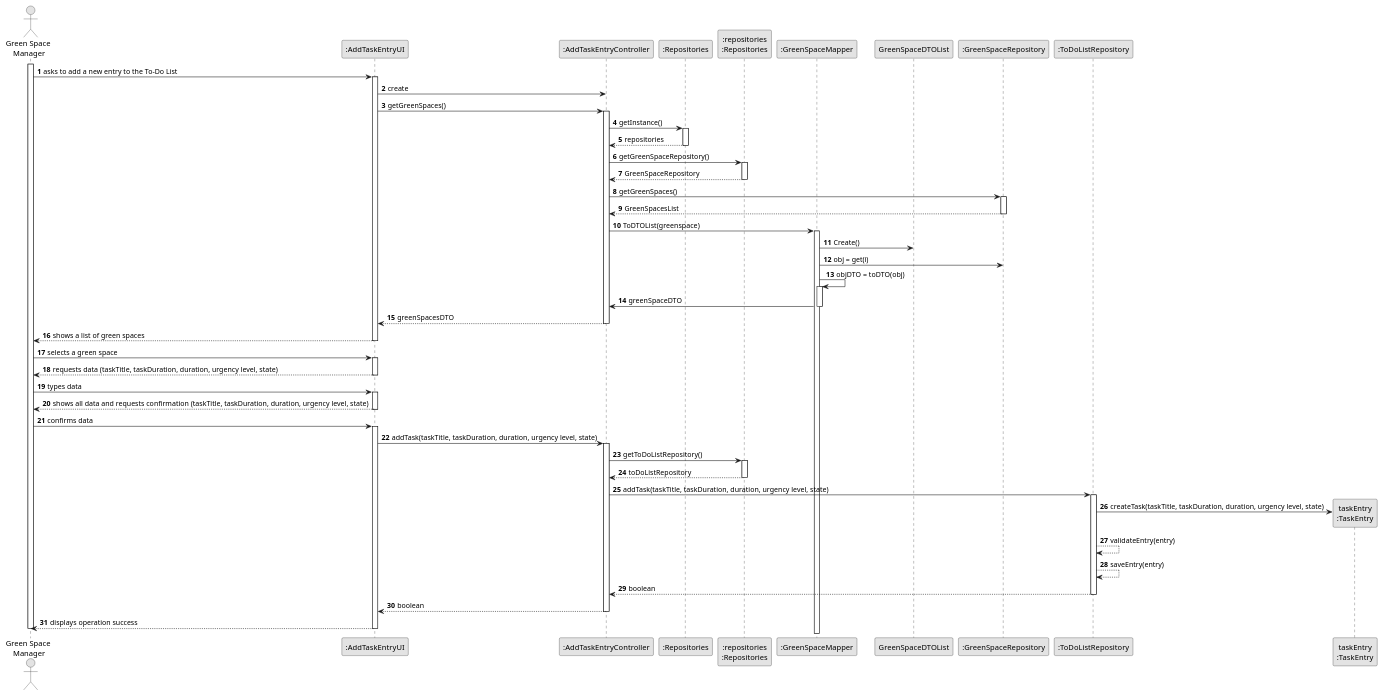
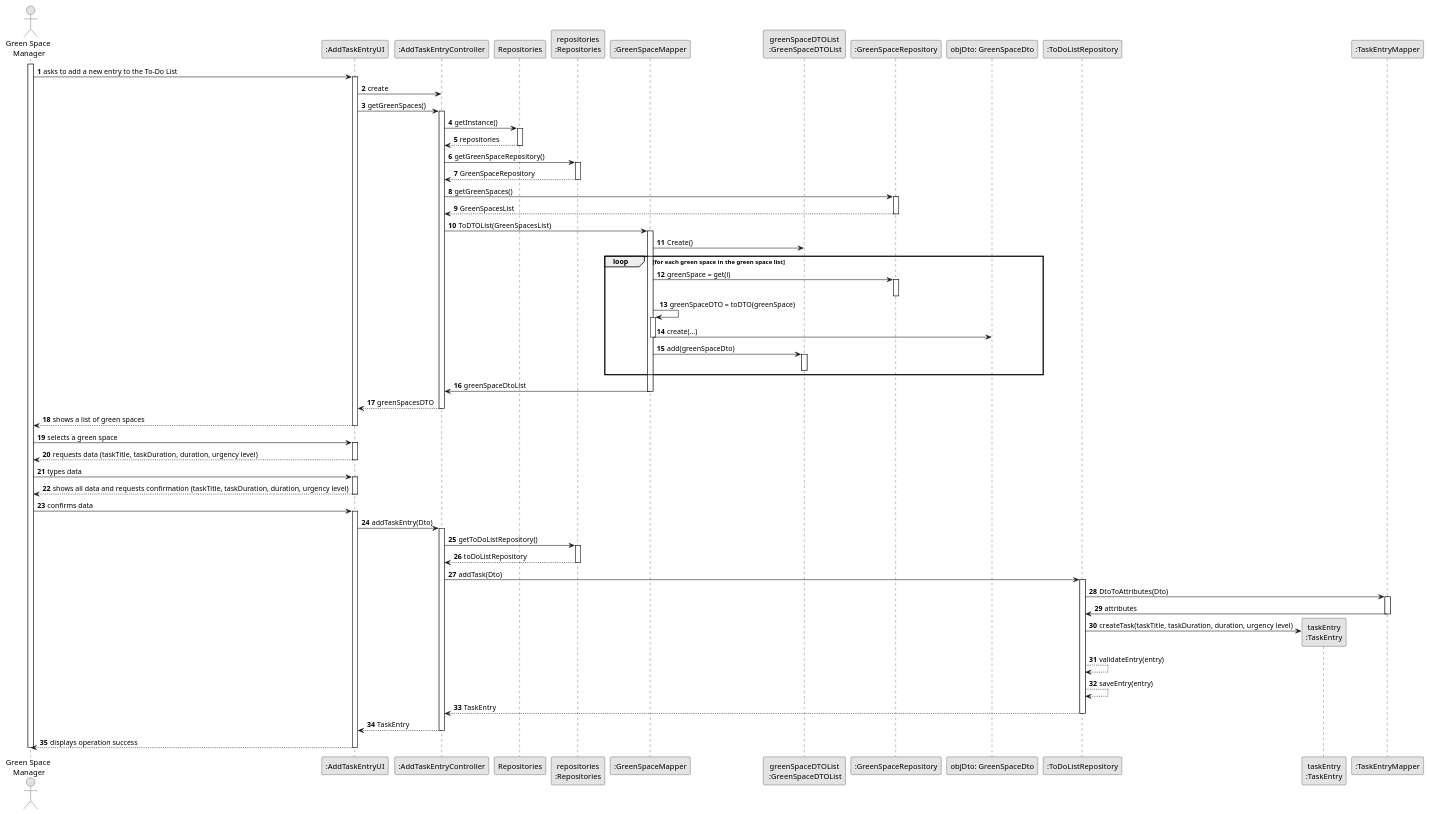
The diagram in docs/sprintC/us021/03.design/puml/us021-sequence-diagram-full.puml (Departamento-de-Engenharia-Informatica/lei-24-s2-1dkl-g134), drawn with PlantUML before and after one commit.

Commit message:
SD US21 done

```diff
--- a/docs/sprintC/us021/03.design/puml/us021-sequence-diagram-full.puml
+++ b/docs/sprintC/us021/03.design/puml/us021-sequence-diagram-full.puml
@@ -1,104 +1,126 @@
 @startuml
 skinparam monochrome true
 skinparam packageStyle rectangle
 skinparam shadowing false
 
 autonumber
 
 'hide footbox
 actor "Green Space \nManager" as ADM
 participant ":AddTaskEntryUI" as UI
 participant ":AddTaskEntryController" as CTRL
-participant ":Repositories" as RepositorySingleton
-participant ":repositories\n:Repositories" as PLAT
+participant "Repositories" as RepositorySingleton
+participant "repositories\n:Repositories" as PLAT
 participant ":GreenSpaceMapper" as MAP
-participant "GreenSpaceDTOList" as DTO
+participant "greenSpaceDTOList\n :GreenSpaceDTOList" as DTO
 participant ":GreenSpaceRepository" as URG
+participant "objDto: GreenSpaceDto" as GDTO
 participant ":ToDoListRepository" as TDR
 participant "taskEntry\n:TaskEntry" as TASK
+participant ":TaskEntryMapper" as TMAP
+
+
 
 activate ADM
 
     ADM -> UI : asks to add a new entry to the To-Do List
     activate UI
         UI -> CTRL : create
         UI -> CTRL : getGreenSpaces()
         activate CTRL
 
             CTRL -> RepositorySingleton : getInstance()
             activate RepositorySingleton
 
                 RepositorySingleton --> CTRL : repositories
             deactivate RepositorySingleton
 
             CTRL -> PLAT : getGreenSpaceRepository()
             activate PLAT
 
                 PLAT --> CTRL : GreenSpaceRepository
             deactivate PLAT
 
             CTRL -> URG : getGreenSpaces()
             activate URG
 
                 URG --> CTRL : GreenSpacesList
             deactivate URG
 
-            CTRL -> MAP : ToDTOList(greenspace)
+            CTRL -> MAP : ToDTOList(GreenSpacesList)
             activate MAP
                 MAP -> DTO: Create()
-                MAP -> URG: obj = get(i)
-                MAP -> MAP: objDTO = toDTO(obj)
+                loop for each green space in the green space list
+                MAP -> URG: greenSpace = get(i)
+                activate URG
+                deactivate URG
+                MAP -> MAP: greenSpaceDTO = toDTO(greenSpace)
                 activate MAP
-                
+                MAP -> GDTO: create(...)
+                deactivate MAP
+                MAP -> DTO: add(greenSpaceDto)
+
+                activate DTO
                 deactivate DTO
-                MAP -> CTRL: greenSpaceDTO
-            deactivate
+                end
+                MAP -> CTRL: greenSpaceDtoList
+            deactivate MAP
 
             CTRL --> UI : greenSpacesDTO
         deactivate CTRL
 
         UI --> ADM : shows a list of green spaces
     deactivate UI
 
     ADM -> UI : selects a green space
     activate UI
 
-        UI --> ADM : requests data (taskTitle, taskDuration, duration, urgency level, state)
+        UI --> ADM : requests data (taskTitle, taskDuration, duration, urgency level)
     deactivate UI
 
     ADM -> UI : types data
     activate UI
 
-        UI --> ADM : shows all data and requests confirmation (taskTitle, taskDuration, duration, urgency level, state)
+        UI --> ADM : shows all data and requests confirmation (taskTitle, taskDuration, duration, urgency level)
     deactivate UI
 
     ADM -> UI : confirms data
     activate UI
 
-        UI -> CTRL : addTask(taskTitle, taskDuration, duration, urgency level, state)
+        UI -> CTRL : addTaskEntry(Dto)
         activate CTRL
 
             CTRL -> PLAT : getToDoListRepository()
             activate PLAT
 
                 PLAT --> CTRL : toDoListRepository
             deactivate PLAT
 
-            CTRL -> TDR : addTask(taskTitle, taskDuration, duration, urgency level, state)
+            CTRL -> TDR : addTask(Dto)
             activate TDR
 
-                TDR -> TASK** : createTask(taskTitle, taskDuration, duration, urgency level, state)
+
+
+
+                TDR ->TMAP : DtoToAttributes(Dto)
+                activate TMAP
+                TMAP ->TDR : attributes
+                                Deactivate TMAP
+                TDR -> TASK** : createTask(taskTitle, taskDuration, duration, urgency level)
                 TDR --> TDR : validateEntry(entry)
                 TDR --> TDR : saveEntry(entry)
-                TDR --> CTRL : boolean
+
+
+                TDR --> CTRL : TaskEntry
+
             deactivate TDR
 
-            CTRL --> UI : boolean
+            CTRL --> UI : TaskEntry
         deactivate CTRL
 
         UI --> ADM : displays operation success
     deactivate UI
 
 deactivate ADM
 
 @enduml
```
